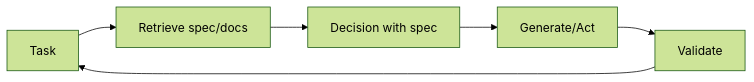
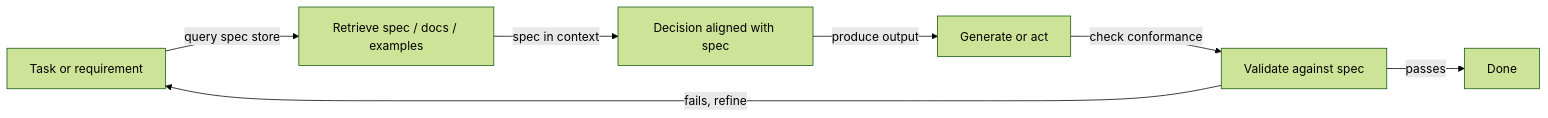
Before and after one commit to EmersonBraun/ai-summary-hub: the first of 2 diagrams in docs/reasoning-patterns/rdd.md, drawn with Mermaid (forest theme). The commit also changed other lines of this file and 77 other files, not shown here.

````diff
--- a/docs/reasoning-patterns/rdd.md
+++ b/docs/reasoning-patterns/rdd.md
@@ -23,8 +23,9 @@
 ```mermaid
 flowchart LR
-  T[Task] --> R["Retrieve spec/docs"]
-  R --> D[Decision with spec]
-  D --> G["Generate/Act"]
-  G --> V[Validate]
-  V --> T
+  Task[Task or requirement] -->|query spec store| Retrieve["Retrieve spec / docs / examples"]
+  Retrieve -->|spec in context| Decision[Decision aligned with spec]
+  Decision -->|produce output| Generate["Generate or act"]
+  Generate -->|check conformance| Validate[Validate against spec]
+  Validate -->|passes| Done[Done]
+  Validate -->|fails, refine| Task
 ```
````
